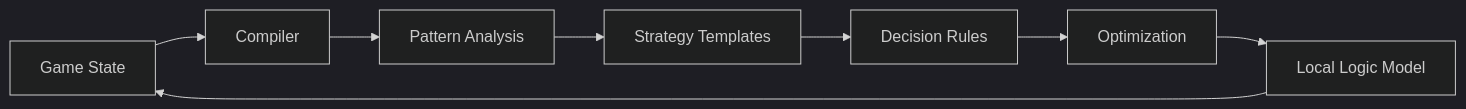
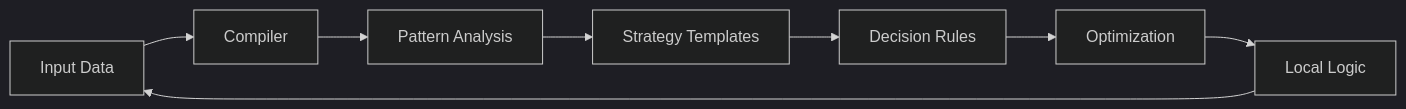
Before and after one commit to ruvnet/local-logic: the second of 3 diagrams in README.md, drawn with Mermaid (dark theme). The commit also changed other lines of this file, not shown here.

````diff
--- a/README.md
+++ b/README.md
@@ -117,10 +134,10 @@
 ```mermaid
 flowchart LR
-    A[Game State] --> B[Compiler]
+    A[Input Data] --> B[Compiler]
     B --> C[Pattern Analysis]
     C --> D[Strategy Templates]
     D --> E[Decision Rules]
     E --> F[Optimization]
-    F --> G[Local Logic Model]
+    F --> G[Local Logic]
     G --> A
 ```
````
